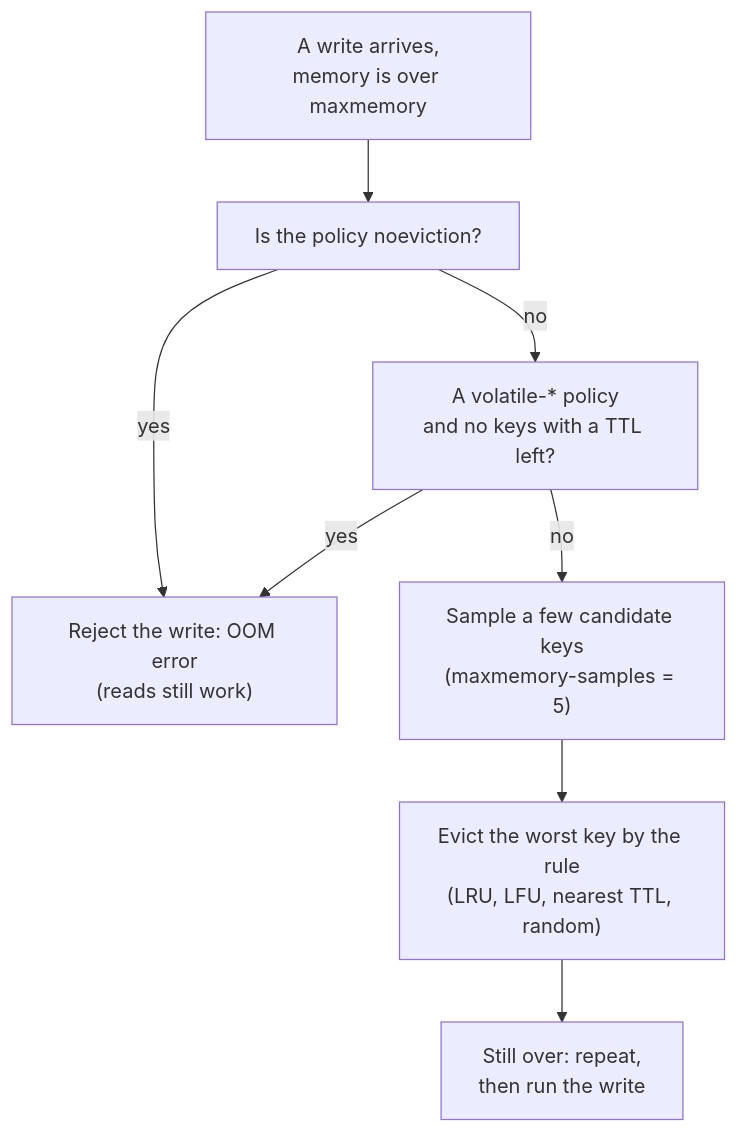
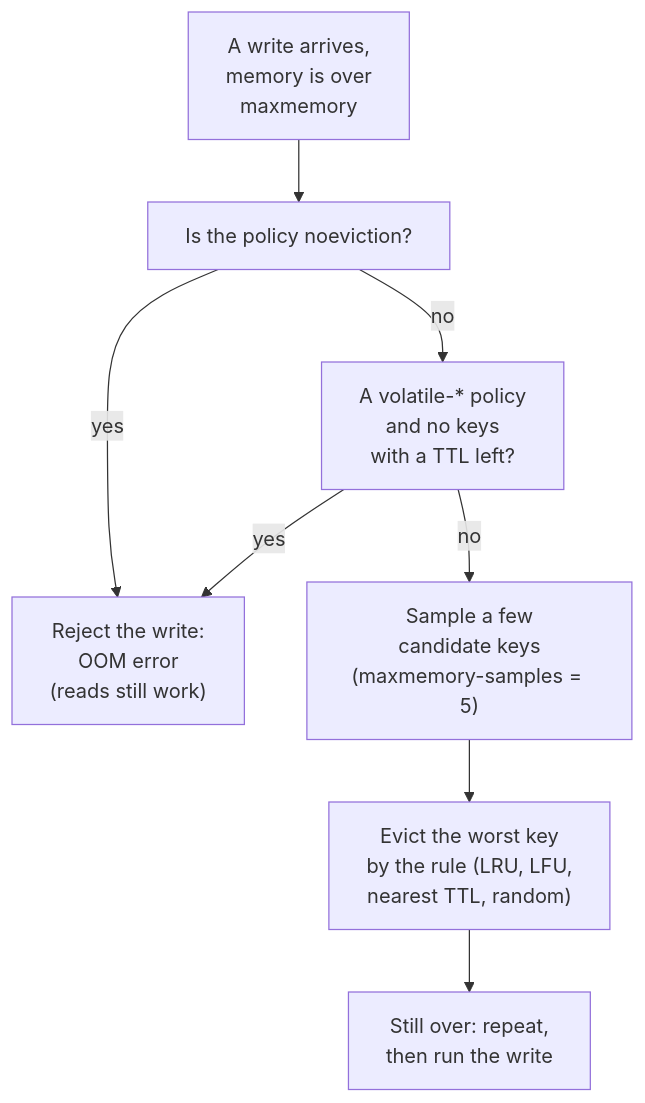
The diagram in content/en/posts/2026-11-22-caching-redis.md (duongbui234/software-engineering-atlas), drawn with Mermaid before and after one commit. The commit also changed 134 other files, not shown here.

First line of the commit message:
Fit every Mermaid diagram at 390px without sideways scroll (#56)

````diff
--- a/content/en/posts/2026-11-22-caching-redis.md
+++ b/content/en/posts/2026-11-22-caching-redis.md
@@ -54,10 +54,10 @@
 ```mermaid
 flowchart TB
-    W["A write arrives,<br/>memory is over maxmemory"] --> P1["Is the policy noeviction?"]
-    P1 -->|"yes"| E["Reject the write: OOM error<br/>(reads still work)"]
-    P1 -->|"no"| P2["A volatile-* policy<br/>and no keys with a TTL left?"]
+    W["A write arrives,<br/>memory is over<br/>maxmemory"] --> P1["Is the policy noeviction?"]
+    P1 -->|"yes"| E["Reject the write:<br/>OOM error<br/>(reads still work)"]
+    P1 -->|"no"| P2["A volatile-* policy<br/>and no keys<br/>with a TTL left?"]
     P2 -->|"yes"| E
-    P2 -->|"no"| S["Sample a few candidate keys<br/>(maxmemory-samples = 5)"]
-    S --> D["Evict the worst key by the rule<br/>(LRU, LFU, nearest TTL, random)"]
+    P2 -->|"no"| S["Sample a few<br/>candidate keys<br/>(maxmemory-samples = 5)"]
+    S --> D["Evict the worst key<br/>by the rule (LRU, LFU,<br/>nearest TTL, random)"]
     D --> R["Still over: repeat,<br/>then run the write"]
 ```
````
